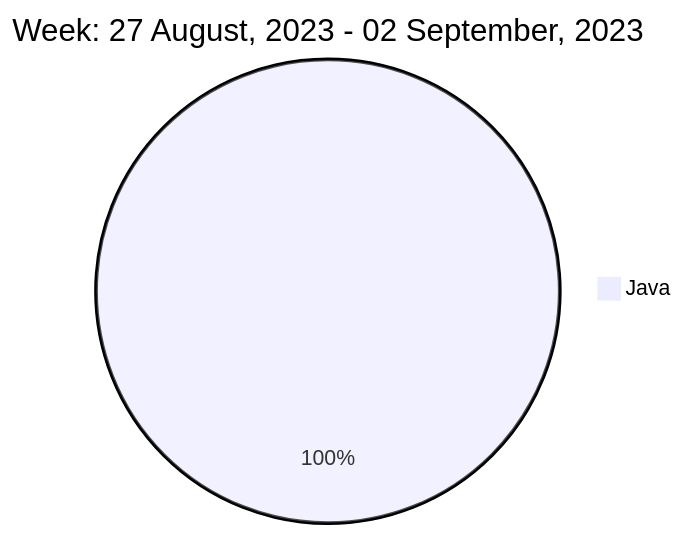
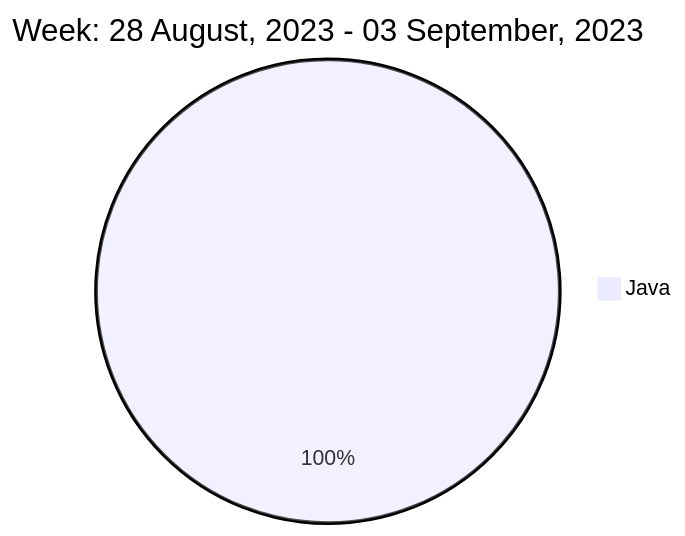
The diagram in README.md (liubin95/liubin95), drawn with Mermaid before and after one commit.

Commit message:
Updated the Graph with new Metrics

````diff
--- a/README.md
+++ b/README.md
@@ -40,5 +40,5 @@
 ```mermaid
  pie
-title Week: 27 August, 2023 - 02 September, 2023
+title Week: 28 August, 2023 - 03 September, 2023
  "Java" : 5.8
 ```
````
